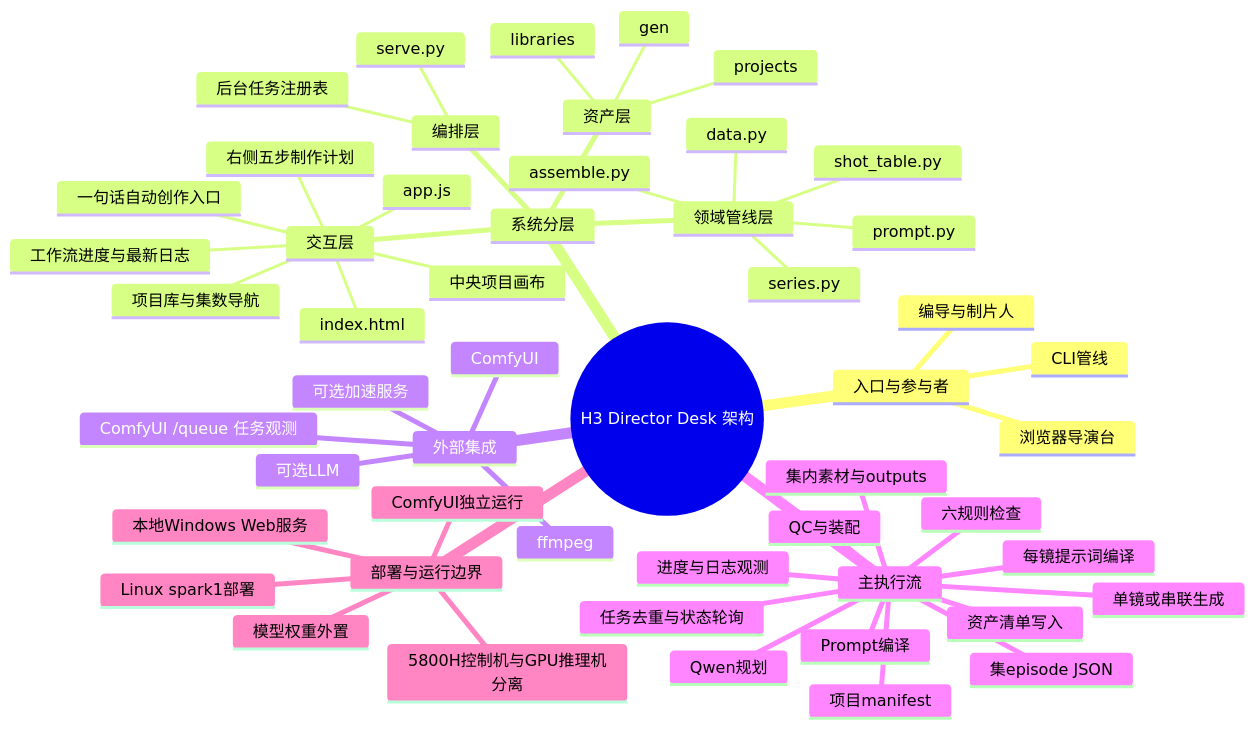
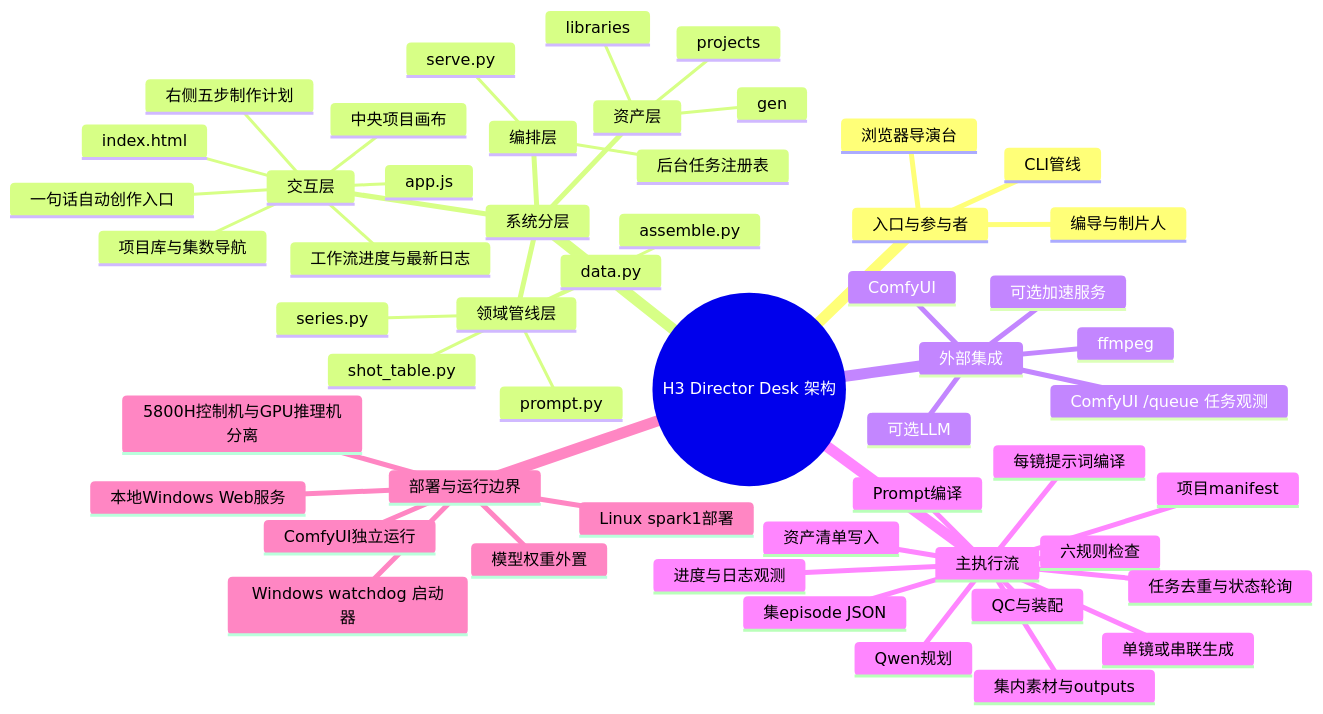
The diagram in docs/project-evolution/mindmaps/architecture.md (Exalex/h3-director-desk), drawn with Mermaid before and after one commit. The commit also changed other lines of this file and 11 other files, not shown here.

````diff
--- a/docs/project-evolution/mindmaps/architecture.md
+++ b/docs/project-evolution/mindmaps/architecture.md
@@ -3,55 +3,56 @@
 ```mermaid
 mindmap
   root((H3 Director Desk 架构))
     入口与参与者
       浏览器导演台
       CLI管线
       编导与制片人
     系统分层
       交互层
         index.html
         app.js
         项目库与集数导航
         中央项目画布
         右侧五步制作计划
         一句话自动创作入口
         工作流进度与最新日志
       编排层
         serve.py
         后台任务注册表
       领域管线层
         data.py
         shot_table.py
         prompt.py
         series.py
         assemble.py
       资产层
         projects
         gen
         libraries
     外部集成
       ComfyUI
       ComfyUI /queue 任务观测
       可选加速服务
       可选LLM
       ffmpeg
     主执行流
       项目manifest
       集episode JSON
       集内素材与outputs
       六规则检查
       Prompt编译
       单镜或串联生成
       任务去重与状态轮询
       进度与日志观测
       Qwen规划
       资产清单写入
       每镜提示词编译
       QC与装配
     部署与运行边界
       本地Windows Web服务
+      Windows watchdog 启动器
       Linux spark1部署
       ComfyUI独立运行
       模型权重外置
       5800H控制机与GPU推理机分离
 ```
````
